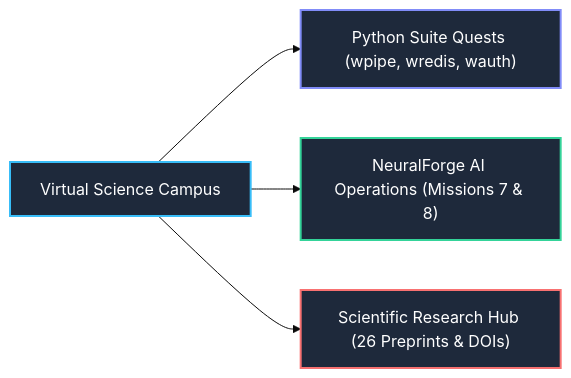
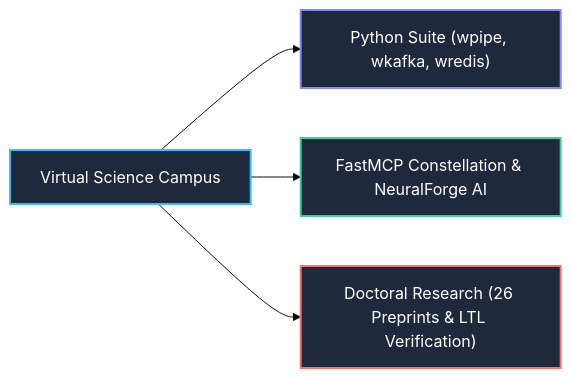
One commit to wisrovi/wisrovi.github.io changed the diagram in README.md. Above: the diagram before and after it, drawn with Mermaid (base theme). The commit also changed other lines of this file, not shown here.

Commit message:
docs: update README to reflect pure 2D Web RPG architecture and research universe

````diff
--- a/README.md
+++ b/README.md
@@ -15,11 +13,11 @@
 ```mermaid
 flowchart LR
-    A["Virtual Science Campus"] --> B["Python Suite Quests (wpipe, wredis, wauth)"]
-    A --> C["NeuralForge AI Operations (Missions 7 & 8)"]
-    A --> D["Scientific Research Hub (26 Preprints & DOIs)"]
+    A["Virtual Science Campus"] --> B["Python Suite (wpipe, wkafka, wredis)"]
+    A --> C["FastMCP Constellation & NeuralForge AI"]
+    A --> D["Doctoral Research (26 Preprints & LTL Verification)"]
     
     style A fill:#1e293b,color:#fff,stroke:#38bdf8,stroke-width:2px
     style B fill:#1e293b,color:#fff,stroke:#818cf8,stroke-width:2px
     style C fill:#1e293b,color:#fff,stroke:#34d399,stroke-width:2px
     style D fill:#1e293b,color:#fff,stroke:#f87171,stroke-width:2px
 ```
````
